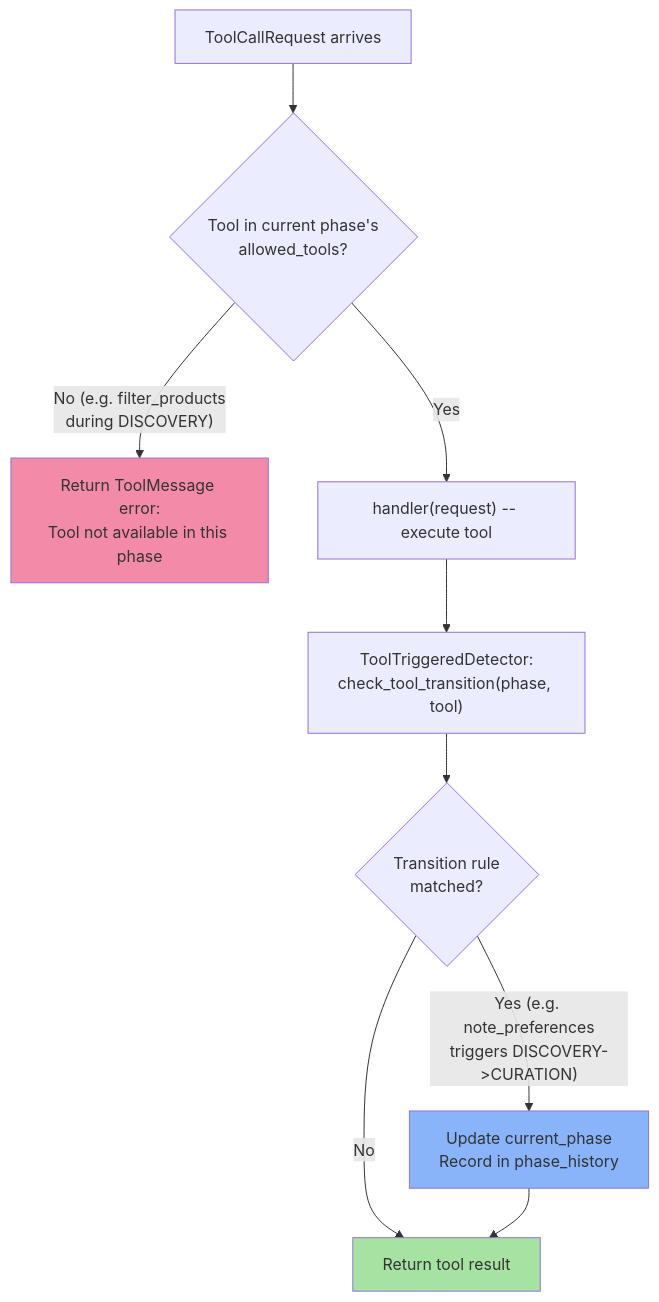
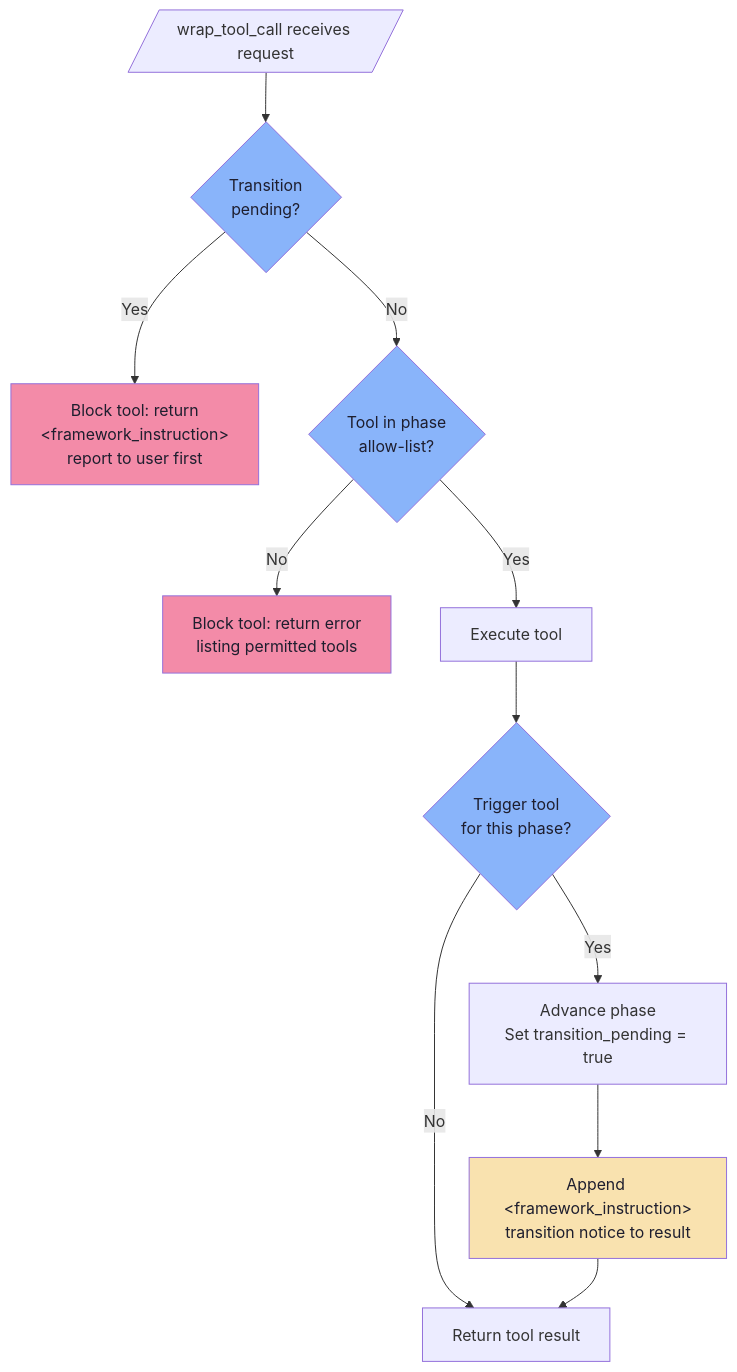
Before and after one commit to johnsosoka/code-examples: the second of 3 diagrams in python/behavior-steering-middleware/src/bsm_examples/phase_steering/DIAGRAM.md, drawn with Mermaid. The commit also changed other lines of this file and 7 other files, not shown here.

First line of the commit message:
docs: simplified mermaid diagrams focused on decisions and steering

````diff
--- a/python/behavior-steering-middleware/src/bsm_examples/phase_steering/DIAGRAM.md
+++ b/python/behavior-steering-middleware/src/bsm_examples/phase_steering/DIAGRAM.md
@@ -22,15 +19,25 @@
 ```mermaid
 flowchart TD
-    A[ToolCallRequest arrives] --> B{"Tool in current phase's<br/>allowed_tools?"}
-    B -- "No (e.g. filter_products<br/>during DISCOVERY)" --> C["Return ToolMessage error:<br/>Tool not available in this phase"]
-    B -- Yes --> D["handler(request) -- execute tool"]
-    D --> E["ToolTriggeredDetector:<br/>check_tool_transition(phase, tool)"]
-    E --> F{"Transition rule<br/>matched?"}
-    F -- "Yes (e.g. note_preferences<br/>triggers DISCOVERY->CURATION)" --> G["Update current_phase<br/>Record in phase_history"]
-    F -- No --> H[Return tool result]
-    G --> H
+    A[/"wrap_tool_call receives request"/] --> B{"Transition<br/>pending?"}
 
-    style C fill:#f38ba8
-    style G fill:#89b4fa
-    style H fill:#a6e3a1
+    B -- Yes --> C["Block tool: return<br/>&lt;framework_instruction&gt;<br/>report to user first"]
+
+    B -- No --> D{"Tool in phase<br/>allow-list?"}
+    D -- No --> E["Block tool: return error<br/>listing permitted tools"]
+
+    D -- Yes --> F[Execute tool]
+    F --> G{"Trigger tool<br/>for this phase?"}
+
+    G -- Yes --> H["Advance phase<br/>Set transition_pending = true"]
+    H --> I["Append &lt;framework_instruction&gt;<br/>transition notice to result"]
+
+    G -- No --> J[Return tool result]
+    I --> J
+
+    style B fill:#89b4fa,color:#1e1e2e
+    style D fill:#89b4fa,color:#1e1e2e
+    style G fill:#89b4fa,color:#1e1e2e
+    style C fill:#f38ba8,color:#1e1e2e
+    style E fill:#f38ba8,color:#1e1e2e
+    style I fill:#f9e2af,color:#1e1e2e
 ```
````
